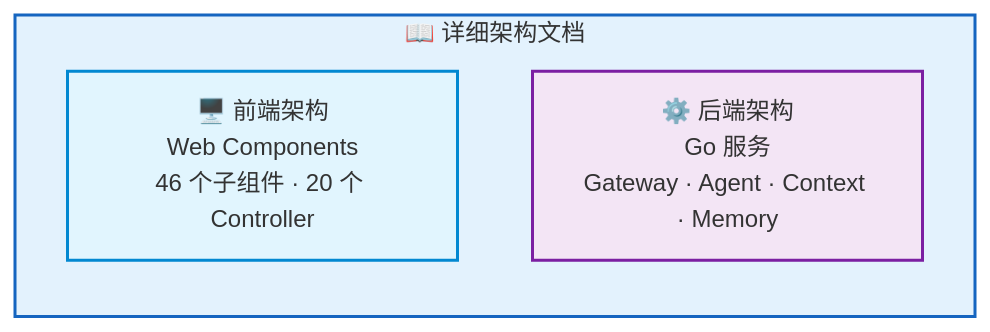
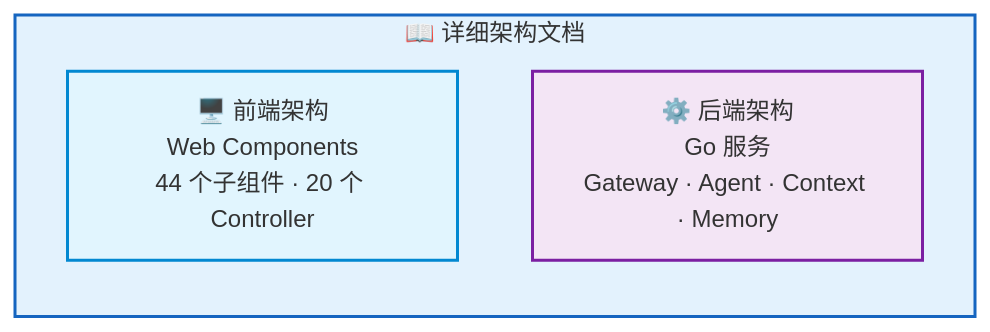
The third of 3 diagrams in src/content/docs/architecture/index.md (rtc-agent/docs), drawn with Mermaid before and after one commit. The commit also changed 5 other files, not shown here.

First line of the commit message:
docs(architecture): fix sub-component count and UI controller diagram

````diff
--- a/src/content/docs/architecture/index.md
+++ b/src/content/docs/architecture/index.md
@@ -123,12 +123,12 @@
 ```mermaid
 flowchart LR
     subgraph PAGES["📖 详细架构文档"]
         direction TB
-        FE_PAGE["🖥️ 前端架构<br/>Web Components<br/>46 个子组件 · 20 个 Controller"]
+        FE_PAGE["🖥️ 前端架构<br/>Web Components<br/>44 个子组件 · 20 个 Controller"]
         BE_PAGE["⚙️ 后端架构<br/>Go 服务<br/>Gateway · Agent · Context · Memory"]
     end
 
     style PAGES fill:#e3f2fd,stroke:#1565c0,stroke-width:2px
     style FE_PAGE fill:#e1f5fe,stroke:#0288d1,stroke-width:2px
     style BE_PAGE fill:#f3e5f5,stroke:#7b1fa2,stroke-width:2px
 ```
````
